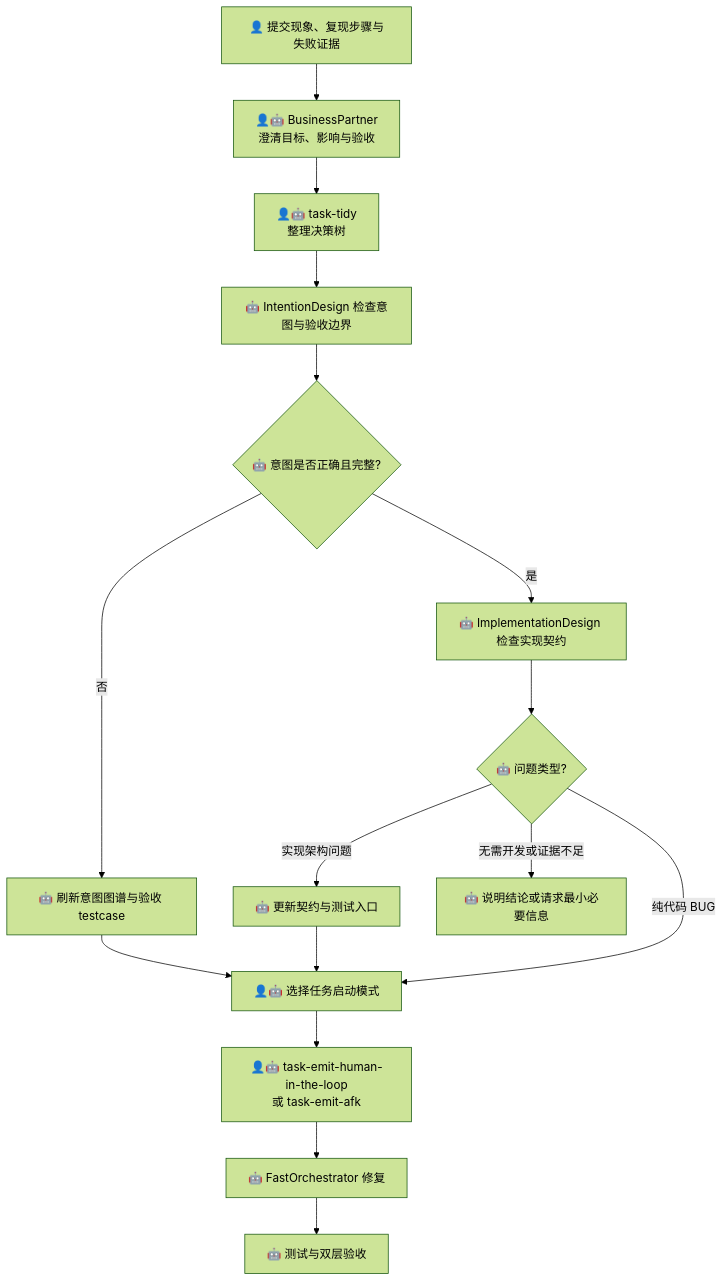
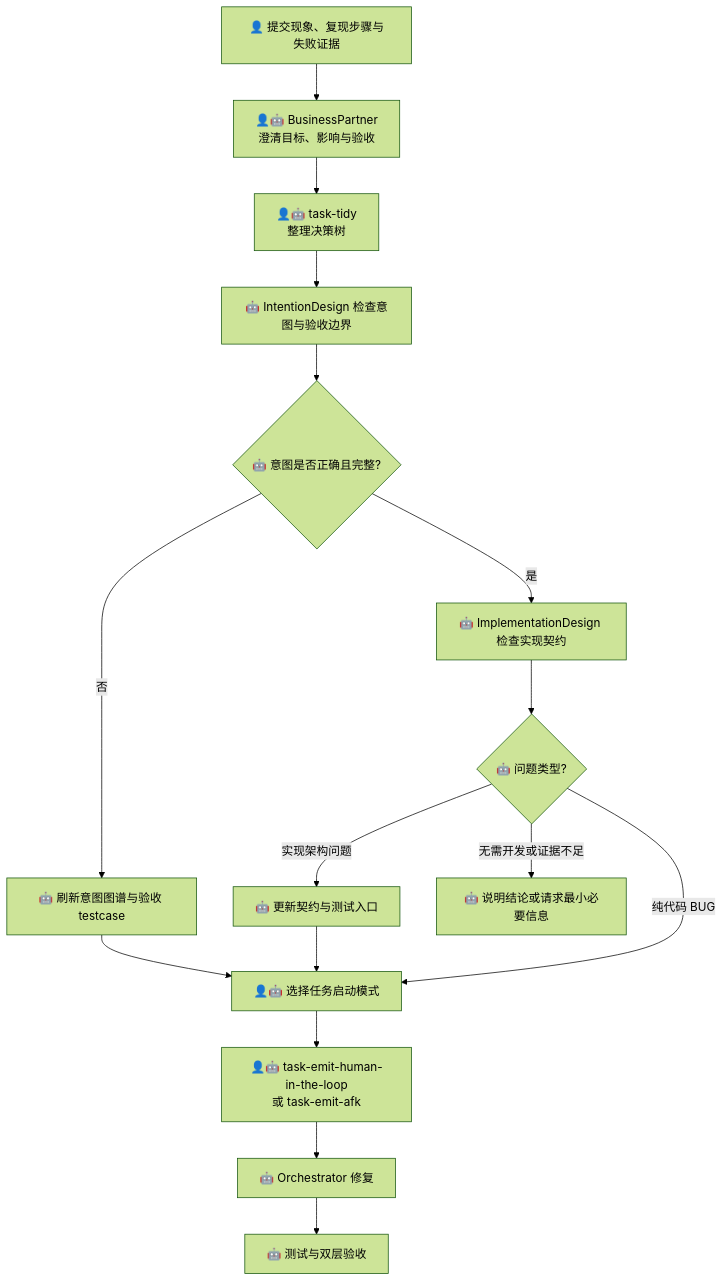
One commit to derekhu0002/Argo changed the second of 11 diagrams in design/argo-harness/usage-scenarios/README.md. Above: the diagram before and after it, drawn with Mermaid (forest theme). The commit also changed other lines of this file and 9 other files, not shown here.

````diff
--- a/design/argo-harness/usage-scenarios/README.md
+++ b/design/argo-harness/usage-scenarios/README.md
@@ -48,18 +48,18 @@
 ```mermaid
 flowchart TD
     A[👤 提交现象、复现步骤与失败证据] --> B[👤🤖 BusinessPartner<br/>澄清目标、影响与验收]
     B --> C[👤🤖 task-tidy<br/>整理决策树]
     C --> D[🤖 IntentionDesign 检查意图与验收边界]
     D --> E{🤖 意图是否正确且完整?}
     E -- 否 --> F[🤖 刷新意图图谱与验收 testcase]
     F --> G[👤🤖 选择任务启动模式]
     E -- 是 --> H[🤖 ImplementationDesign 检查实现契约]
     H --> I{🤖 问题类型?}
     I -- 实现架构问题 --> J[🤖 更新契约与测试入口]
     J --> G
     I -- 纯代码 BUG --> G
     I -- 无需开发或证据不足 --> N[🤖 说明结论或请求最小必要信息]
     G --> O[👤🤖 task-emit-human-in-the-loop<br/>或 task-emit-afk]
-    O --> P[🤖 FastOrchestrator 修复]
+    O --> P[🤖 Orchestrator 修复]
     P --> Q[🤖 测试与双层验收]
 ```
````
